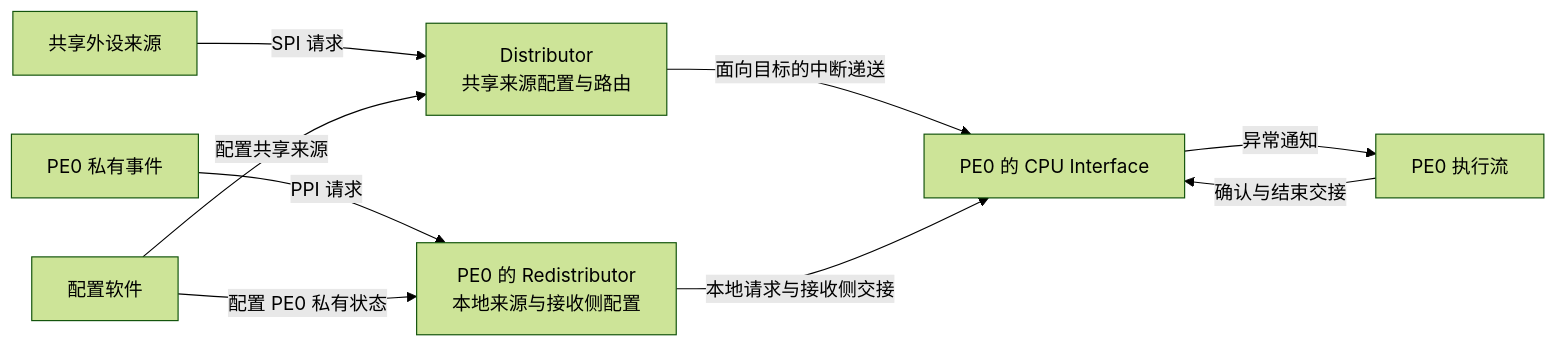
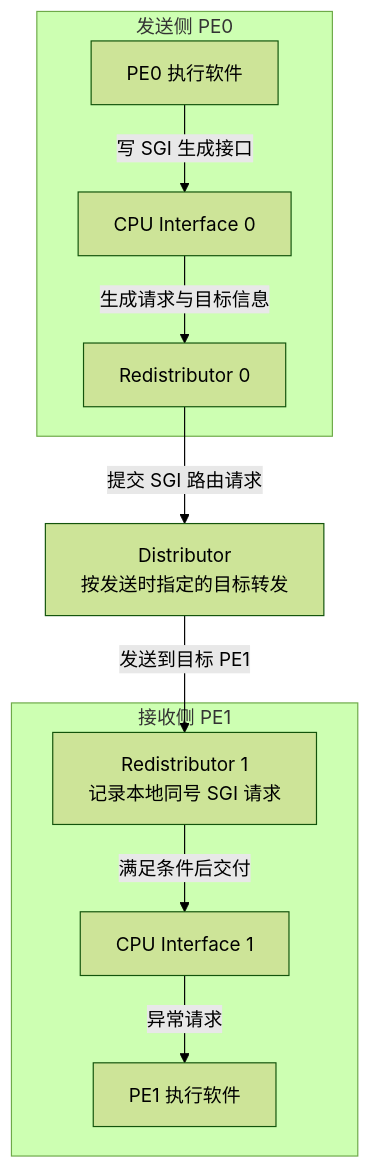
Before and after one commit to FormingSystem/linux_note: the fourth of 9 diagrams in platforms/arm/architecture/gic/P03_多核控制器的角色_寄存器与编号.md, drawn with Mermaid (forest theme). The commit also changed other lines of this file and 36 other files, not shown here.

````diff
--- a/platforms/arm/architecture/gic/P03_多核控制器的角色_寄存器与编号.md
+++ b/platforms/arm/architecture/gic/P03_多核控制器的角色_寄存器与编号.md
@@ -49,11 +125,13 @@
 ```mermaid
-flowchart LR
-    device["共享外设来源"] -->|"SPI 请求"| distributor["Distributor<br/>共享来源配置与路由"]
-    distributor -->|"面向目标的中断递送"| interface0["PE0 的 CPU Interface"]
-    local0["PE0 私有事件"] -->|"PPI 请求"| redist0["PE0 的 Redistributor<br/>本地来源与接收侧配置"]
-    redist0 -->|"本地请求与接收侧交接"| interface0
-    interface0 -->|"异常通知"| pe0["PE0 执行流"]
-    software["配置软件"] -->|"配置共享来源"| distributor
-    software -->|"配置 PE0 私有状态"| redist0
-    pe0 -->|"确认与结束交接"| interface0
+flowchart TB
+    subgraph sending_side["发送侧 PE0"]
+        pe0["PE0 执行软件"] -->|"写 SGI 生成接口"| interface0["CPU Interface 0"]
+        interface0 -->|"生成请求与目标信息"| redist0["Redistributor 0"]
+    end
+    redist0 -->|"提交 SGI 路由请求"| distributor["Distributor<br/>按发送时指定的目标转发"]
+    subgraph receiving_side["接收侧 PE1"]
+        redist1["Redistributor 1<br/>记录本地同号 SGI 请求"] -->|"满足条件后交付"| interface1["CPU Interface 1"]
+        interface1 -->|"异常请求"| pe1["PE1 执行软件"]
+    end
+    distributor -->|"发送到目标 PE1"| redist1
 ```
````
